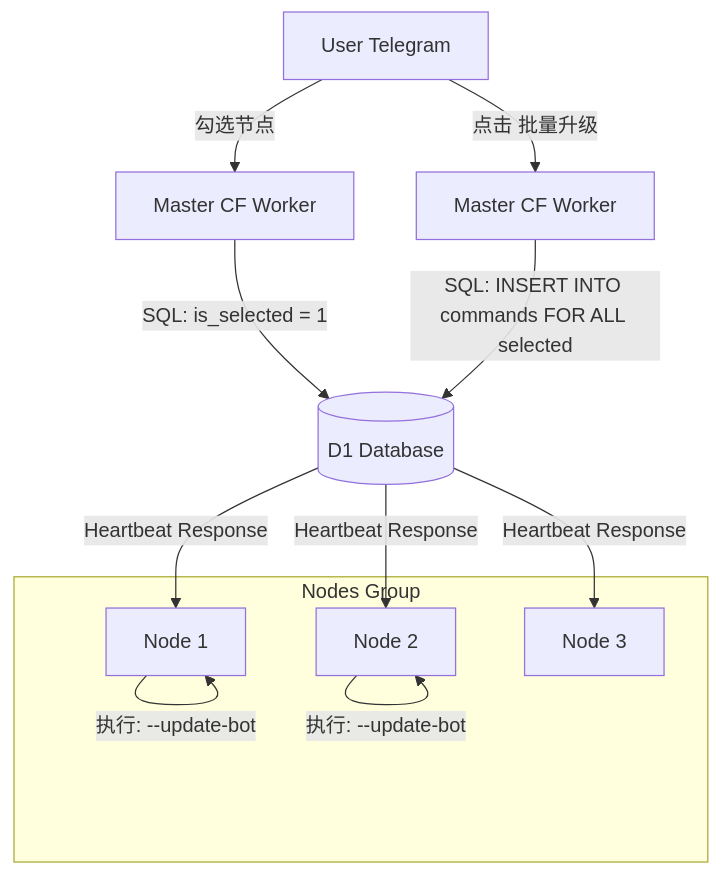
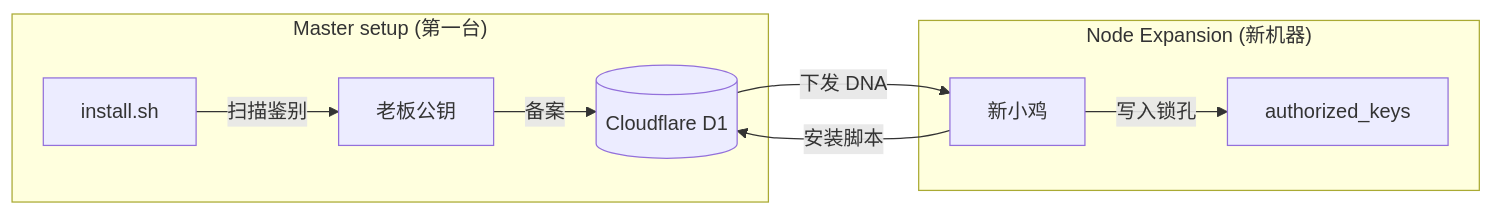
Before and after one commit to ecolid/autovpn: the second of 3 diagrams in TECHNICAL_WORKFLOW.md, drawn with Mermaid. The commit also changed other lines of this file and 1 other file, not shown here.

````diff
--- a/TECHNICAL_WORKFLOW.md
+++ b/TECHNICAL_WORKFLOW.md
@@ -90,20 +36,13 @@
 ```mermaid
-flowchart TD
-    A[User Telegram] -->|勾选节点| B[Master CF Worker]
-    B -->|SQL: is_selected = 1| C[(D1 Database)]
-    A -->|点击 批量升级| D[Master CF Worker]
-    D -->|SQL: INSERT INTO commands FOR ALL selected| C
-    
-    subgraph Nodes Group
-        N1[Node 1]
-        N2[Node 2]
-        N3[Node 3]
+graph LR
+    subgraph "Master setup (第一台)"
+        A[install.sh] -->|扫描鉴别| B[老板公钥]
+        B -->|备案| D1[(Cloudflare D1)]
     end
-    
-    C -->|Heartbeat Response| N1
-    C -->|Heartbeat Response| N2
-    C -->|Heartbeat Response| N3
-    
-    N1 -->|执行: --update-bot| N1
-    N2 -->|执行: --update-bot| N2
+
+    subgraph "Node Expansion (新机器)"
+        C[新小鸡] -->|安装脚本| D1
+        D1 -->|下发 DNA| C
+        C -->|写入锁孔| AC[authorized_keys]
+    end
 ```
````
